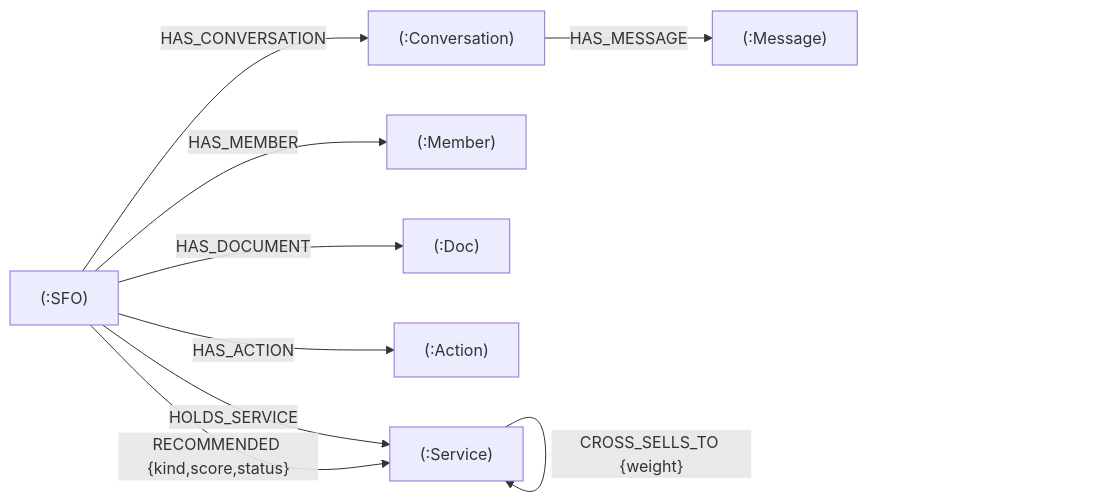
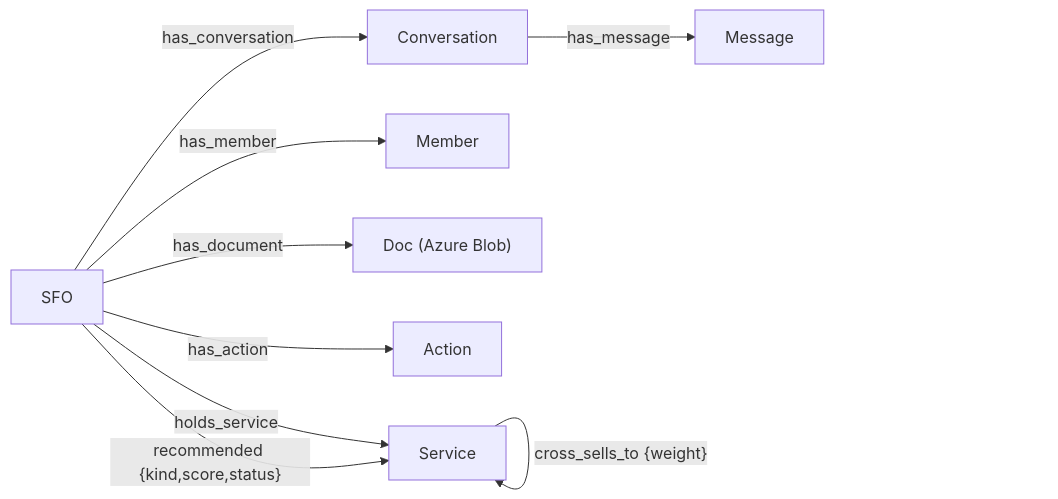
The fifth of 7 diagrams in docs/technical_architecture.md (predictivelabsai/FastFund), drawn with Mermaid before and after one commit. The commit also changed other lines of this file and 10 other files, not shown here.

First line of the commit message:
Standardise architecture on Azure Blob Storage + PostgreSQL

````diff
--- a/docs/technical_architecture.md
+++ b/docs/technical_architecture.md
@@ -149,11 +150,11 @@
 ```mermaid
 graph LR
-    O["(:SFO)"] -- HOLDS_SERVICE --> SV["(:Service)"]
-    O -- "RECOMMENDED {kind,score,status}" --> SV
-    O -- HAS_MEMBER --> M["(:Member)"]
-    O -- HAS_DOCUMENT --> D["(:Doc)"]
-    O -- HAS_ACTION --> ACT["(:Action)"]
-    O -- HAS_CONVERSATION --> C["(:Conversation)"]
-    C -- HAS_MESSAGE --> MSG["(:Message)"]
-    SV -- "CROSS_SELLS_TO {weight}" --> SV
+    O["SFO"] -- holds_service --> SV["Service"]
+    O -- "recommended {kind,score,status}" --> SV
+    O -- has_member --> M["Member"]
+    O -- has_document --> D["Doc (Azure Blob)"]
+    O -- has_action --> ACT["Action"]
+    O -- has_conversation --> C["Conversation"]
+    C -- has_message --> MSG["Message"]
+    SV -- "cross_sells_to {weight}" --> SV
 ```
````
